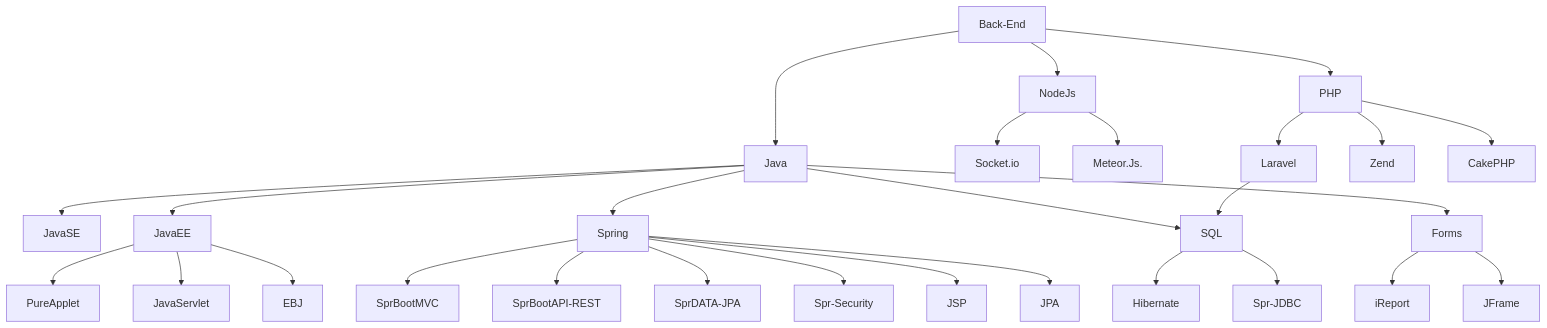
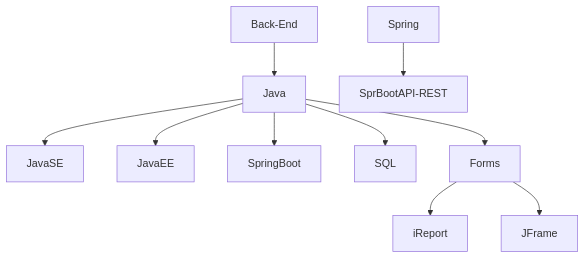
Before and after one commit to willor16/willor16: the diagram in README.md, drawn with Mermaid. The commit also changed other lines of this file, not shown here.

````diff
--- a/README.md
+++ b/README.md
@@ -57,30 +54,12 @@
 ```mermaid
 graph TD;
     Back-End-->Java;
-    Back-End-->NodeJs;
-    NodeJs-->Socket.io;
-    NodeJs-->Meteor.Js.
-    Back-End-->PHP;
-    PHP-->Laravel;
-    PHP-->Zend;
-    PHP-->CakePHP;
     Java-->JavaSE;
     Java-->JavaEE;
-    JavaEE-->PureApplet;
-    JavaEE-->JavaServlet;
-    JavaEE-->EBJ;
-    Java-->Spring;
+    Java-->SpringBoot;
     Java-->SQL;
-    Laravel-->SQL;
-    Spring-->SprBootMVC;
     Spring-->SprBootAPI-REST;
-    Spring-->SprDATA-JPA;
-    SQL-->Hibernate;
-    SQL-->Spr-JDBC;
-    Spring-->Spr-Security;
-    Spring-->JSP;
-    Spring-->JPA;
     Java-->Forms;
     Forms-->iReport
     Forms-->JFrame;
 ```
````
